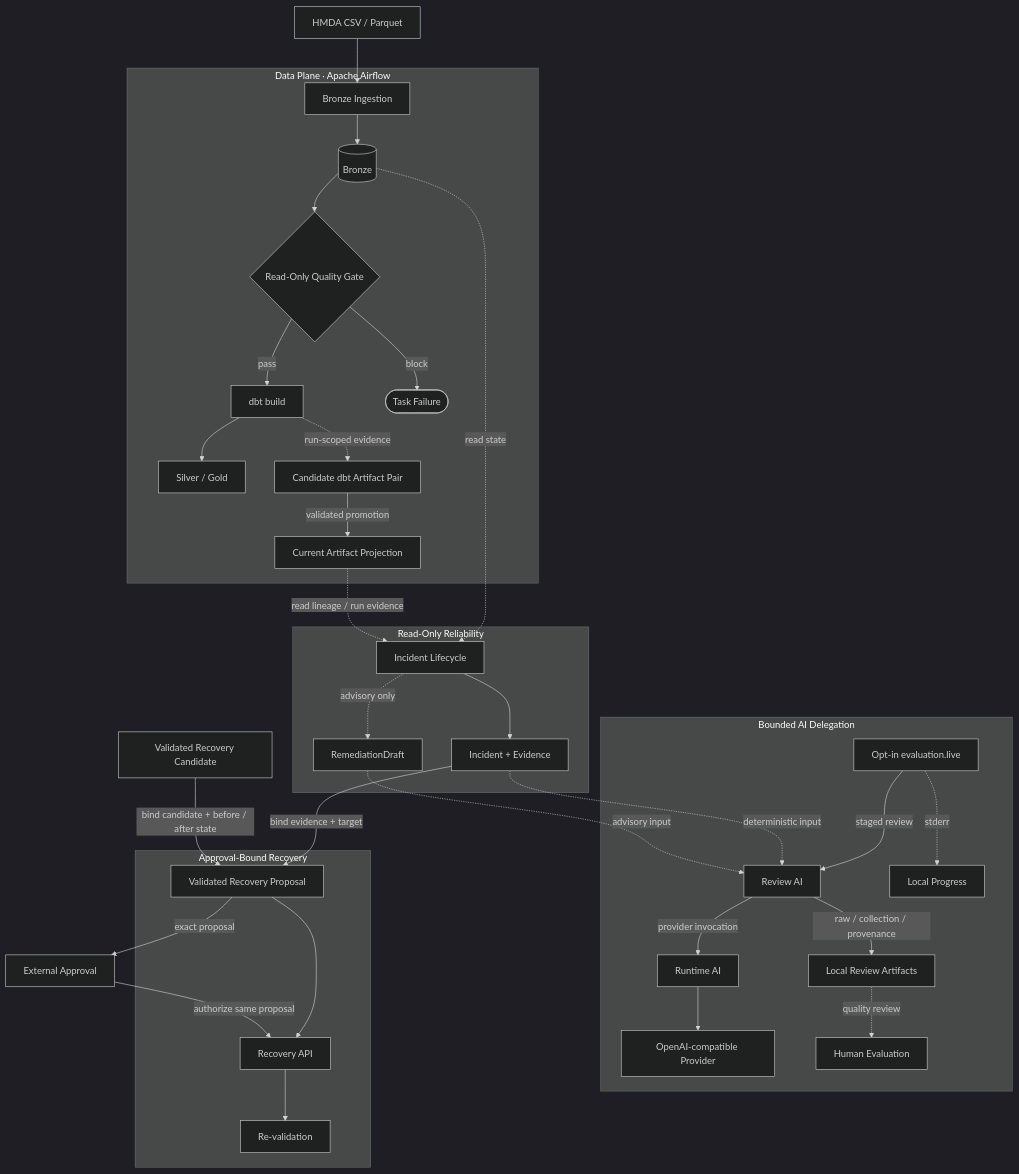
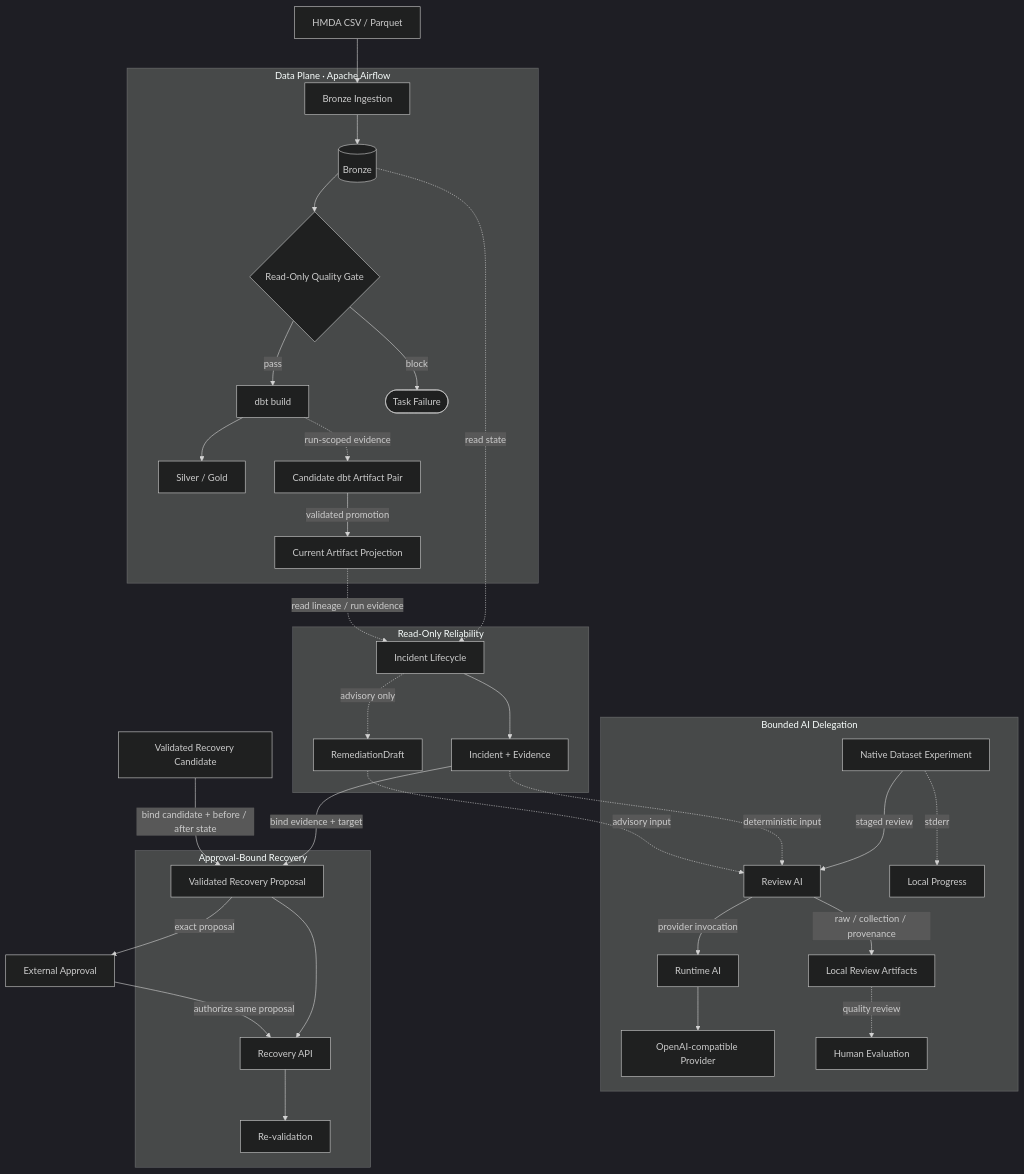
One commit to mols3131d/hmda-data-reliability changed the diagram in docs/ARCHITECTURE.md. Above: the diagram before and after it, drawn with Mermaid (dark theme). The commit also changed other lines of this file and 45 other files, not shown here.

Commit message:
feat(review-ai): langfuse native 실행으로 단순화

````diff
--- a/docs/ARCHITECTURE.md
+++ b/docs/ARCHITECTURE.md
@@ -26,41 +26,41 @@
 ```mermaid
 flowchart TB
     files["HMDA CSV / Parquet"]
 
     subgraph data_plane ["Data Plane · Apache Airflow"]
         ingest["Bronze Ingestion"] --> bronze[("Bronze")]
         bronze --> gate{"Read-Only Quality Gate"}
         gate -->|pass| dbt["dbt build"] --> analytics["Silver / Gold"]
         gate -->|block| failed(["Task Failure"])
         dbt -.->|run-scoped evidence| candidate_artifacts["Candidate dbt Artifact Pair"]
         candidate_artifacts -->|validated promotion| current_artifacts["Current Artifact Projection"]
     end
 
     subgraph analysis_plane ["Read-Only Reliability"]
         lifecycle["Incident Lifecycle"] --> incident["Incident + Evidence"]
         lifecycle -.->|advisory only| draft["RemediationDraft"]
     end
 
     subgraph ai_plane ["Bounded AI Delegation"]
-        live_harness["Opt-in evaluation.live"] -->|staged review| review["Review AI"]
+        live_harness["Native Dataset Experiment"] -->|staged review| review["Review AI"]
         review -->|provider invocation| runtime["Runtime AI"]
         runtime --> provider["OpenAI-compatible Provider"]
         review -->|raw / collection / provenance| local_review["Local Review Artifacts"]
         live_harness -.->|stderr| progress["Local Progress"]
         local_review -.->|quality review| human_review["Human Evaluation"]
     end
 
     subgraph recovery_plane ["Approval-Bound Recovery"]
         proposal["Validated Recovery Proposal"] --> recovery["Recovery API"] --> verify["Re-validation"]
     end
 
     files --> ingest
     bronze -.->|read state| lifecycle
     current_artifacts -.->|read lineage / run evidence| lifecycle
     incident -.->|deterministic input| review
     draft -.->|advisory input| review
     incident -->|bind evidence + target| proposal
     recovery_candidate["Validated Recovery Candidate"] -->|bind candidate + before / after state| proposal
     proposal -->|exact proposal| approval["External Approval"]
     approval -->|authorize same proposal| recovery
 ```
````
